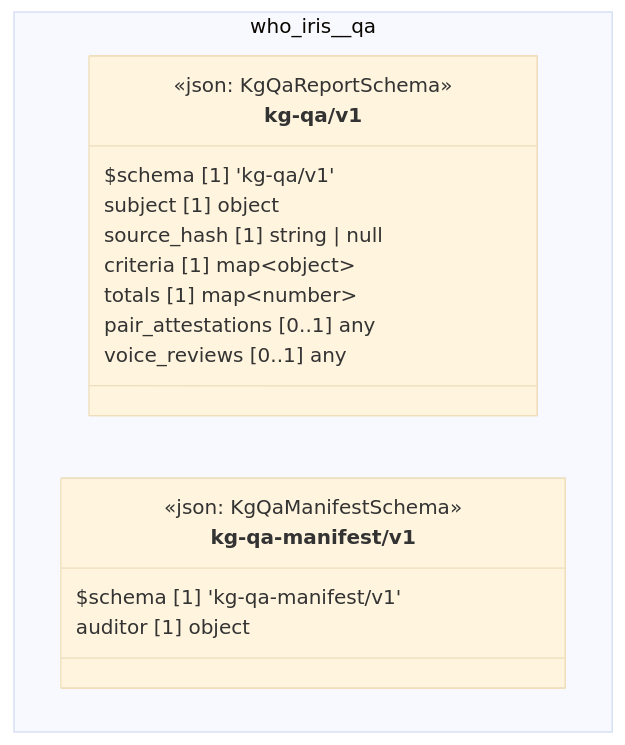
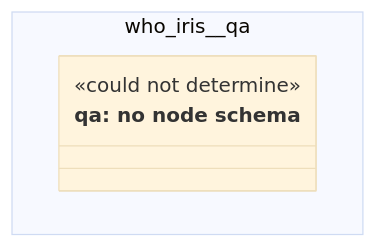
Before and after one commit to litlfred/folio-assistant: the diagram in cat-harness/docs/uml/overview/who-iris/qa.md, drawn with Mermaid (base theme). The commit also changed other lines of this file and 18 other files, not shown here.

First line of the commit message:
regen: subgraph JSON-LD, security skill page and who-iris UML overview after merging main

````diff
--- a/cat-harness/docs/uml/overview/who-iris/qa.md
+++ b/cat-harness/docs/uml/overview/who-iris/qa.md
@@ -42,23 +42,11 @@
 ```mermaid
 classDiagram
   direction TB
   namespace who_iris__qa {
-    class who_iris_qa_kg_qa_v1_kg_qa_v1["kg-qa/v1"] {
-      <<json: KgQaReportSchema>>
-      $schema [1] 'kg-qa/v1'
-      subject [1] object
-      source_hash [1] string | null
-      criteria [1] map~object~
-      totals [1] map~number~
-      pair_attestations [0..1] any
-      voice_reviews [0..1] any
-    }
-    class who_iris_qa_kg_qa_manifest_v1_kg_qa_manifest_v1["kg-qa-manifest/v1"] {
-      <<json: KgQaManifestSchema>>
-      $schema [1] 'kg-qa-manifest/v1'
-      auditor [1] object
+    class n_who_iris_qa_qa["qa: no node schema"] {
+      <<could not determine>>
     }
   }
-  cssClass "who_iris_qa_kg_qa_v1_kg_qa_v1" fa_uml_kind_qa
-  cssClass "who_iris_qa_kg_qa_manifest_v1_kg_qa_manifest_v1" fa_uml_kind_qa
+  cssClass "n_who_iris_qa_qa" fa_uml_kind_qa
+  cssClass "n_who_iris_qa_qa" fa_uml_undetermined
 ```
````
